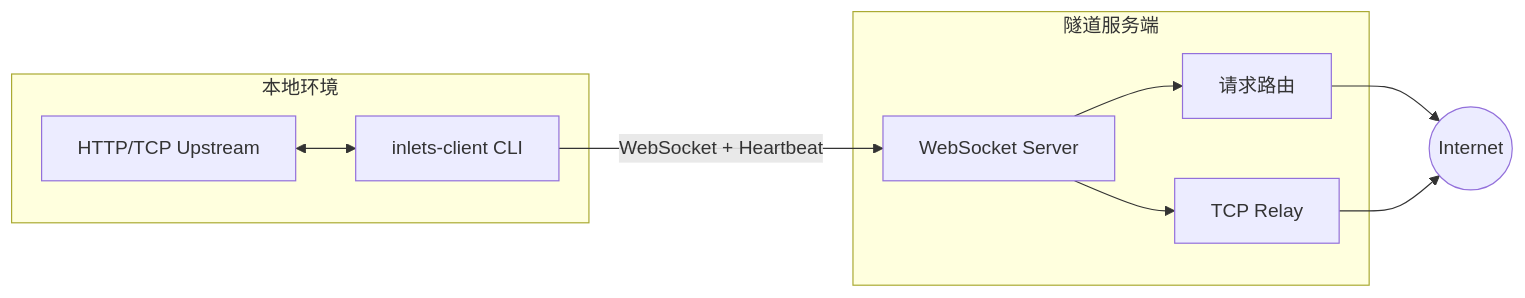
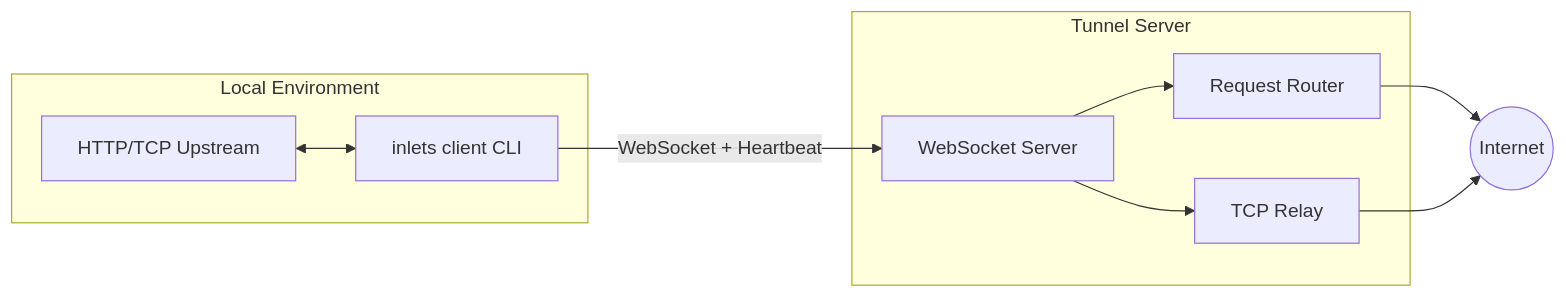
The diagram in README.md (go-idp/inlets), drawn with Mermaid before and after one commit. The commit also changed other lines of this file and 1 other file, not shown here.

````diff
--- a/README.md
+++ b/README.md
@@ -7,22 +7,22 @@
 ```mermaid
 flowchart LR
-    subgraph Local["本地环境"]
-        CLI["inlets-client CLI"]
+    subgraph Local["Local Environment"]
+        CLI["inlets client CLI"]
         Tunnels["HTTP/TCP Upstream"]
     end
 
-    subgraph Edge["隧道服务端"]
+    subgraph Edge["Tunnel Server"]
         WS["WebSocket Server"]
-        Router["请求路由"]
+        Router["Request Router"]
         TCPHub["TCP Relay"]
     end
 
     Internet((Internet))
 
     Tunnels <--> CLI
     CLI -- WebSocket + Heartbeat --> WS
     WS --> Router
     Router --> Internet
     WS --> TCPHub
     TCPHub --> Internet
 ```
````
